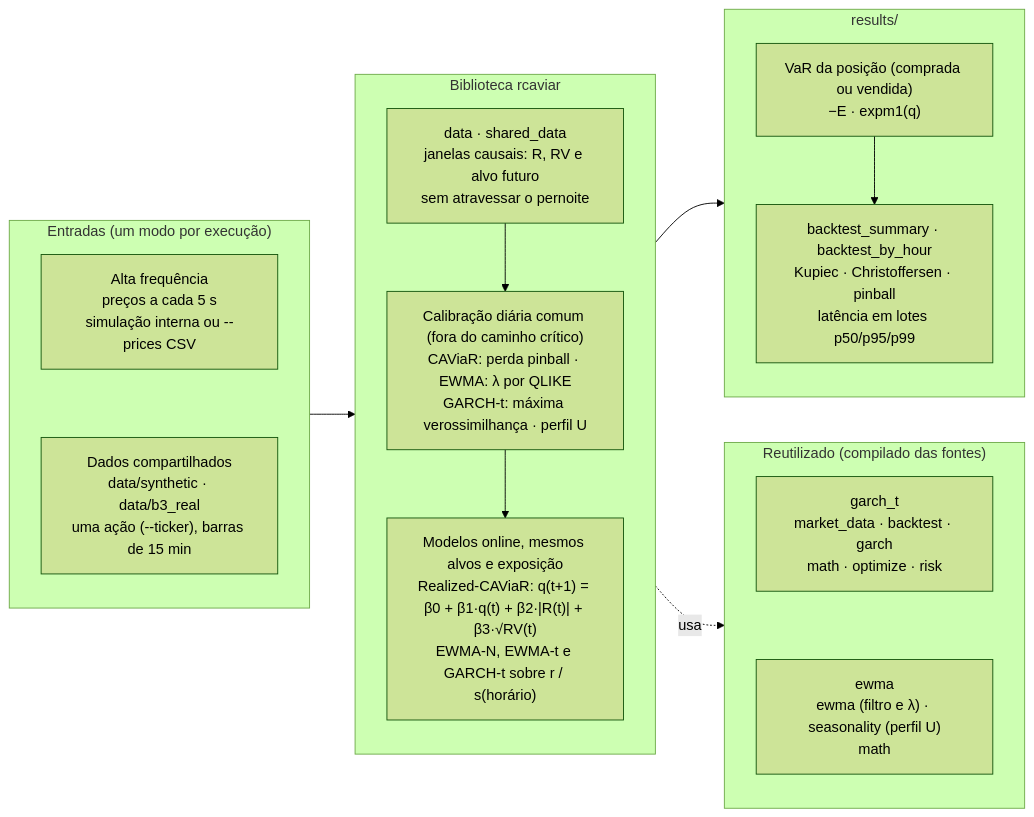
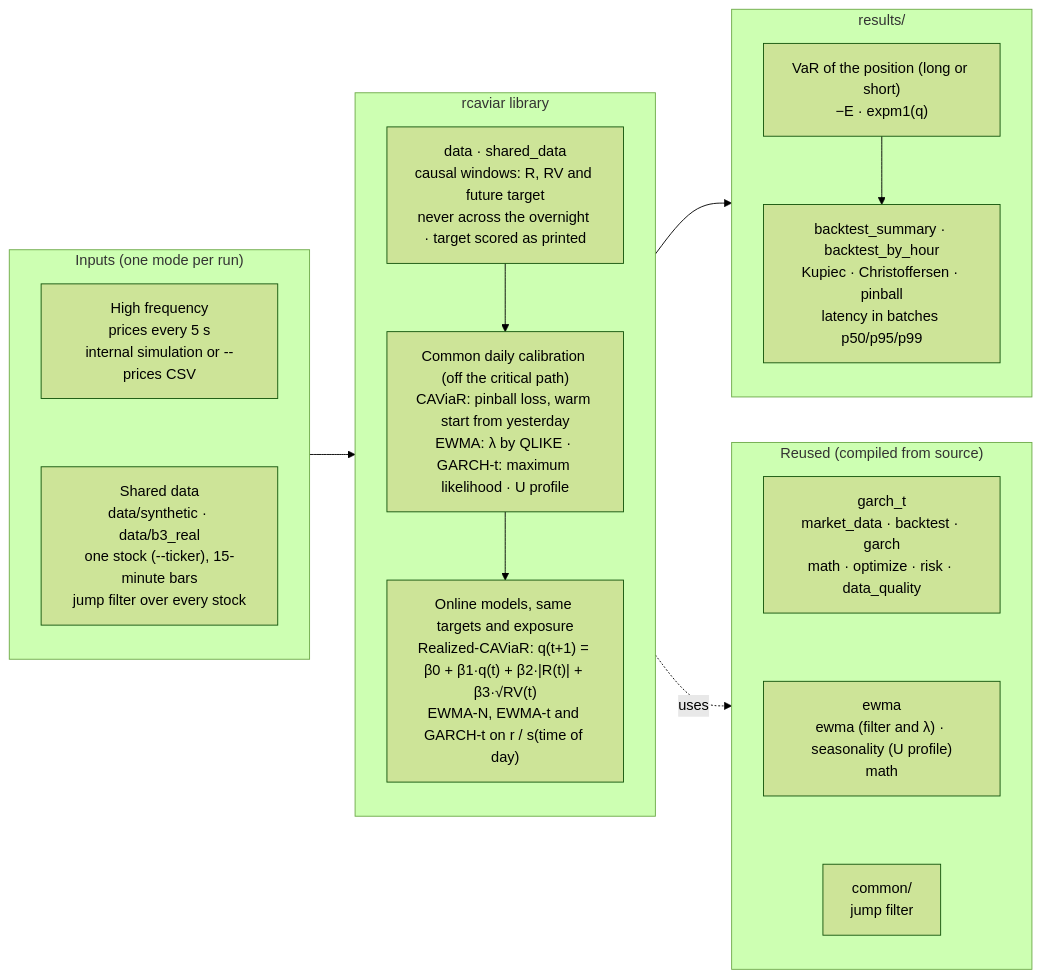
Before and after one commit to gustavoscardino/intraday-risk-engine: the diagram in architecture/05_realized_caviar.mmd, drawn with Mermaid (forest theme). The commit also changed 97 other files, not shown here.

First line of the commit message:
Documentation and results for the shared library and the second ATAM round

```diff
--- a/architecture/05_realized_caviar.mmd
+++ b/architecture/05_realized_caviar.mmd
@@ -1,32 +1,33 @@
 flowchart LR
-    subgraph Entrada["Entradas (um modo por execução)"]
+    subgraph Input["Inputs (one mode per run)"]
         direction TB
-        HF["Alta frequência<br/>preços a cada 5 s<br/>simulação interna ou --prices CSV"]
-        SH["Dados compartilhados<br/>data/synthetic · data/b3_real<br/>uma ação (--ticker), barras de 15 min"]
+        HF["High frequency<br/>prices every 5 s<br/>internal simulation or --prices CSV"]
+        SH["Shared data<br/>data/synthetic · data/b3_real<br/>one stock (--ticker), 15-minute bars<br/>jump filter over every stock"]
         HF ~~~ SH
     end
 
-    subgraph Lib["Biblioteca rcaviar"]
+    subgraph Lib["rcaviar library"]
         direction TB
-        DA["data · shared_data<br/>janelas causais: R, RV e alvo futuro<br/>sem atravessar o pernoite"]
-        CAL["Calibração diária comum (fora do caminho crítico)<br/>CAViaR: perda pinball · EWMA: λ por QLIKE<br/>GARCH-t: máxima verossimilhança · perfil U"]
-        FL["Modelos online, mesmos alvos e exposição<br/>Realized-CAViaR: q(t+1) = β0 + β1·q(t) + β2·|R(t)| + β3·√RV(t)<br/>EWMA-N, EWMA-t e GARCH-t sobre r / s(horário)"]
+        DA["data · shared_data<br/>causal windows: R, RV and future target<br/>never across the overnight · target scored as printed"]
+        CAL["Common daily calibration (off the critical path)<br/>CAViaR: pinball loss, warm start from yesterday<br/>EWMA: λ by QLIKE · GARCH-t: maximum likelihood · U profile"]
+        FL["Online models, same targets and exposure<br/>Realized-CAViaR: q(t+1) = β0 + β1·q(t) + β2·|R(t)| + β3·√RV(t)<br/>EWMA-N, EWMA-t and GARCH-t on r / s(time of day)"]
         DA --> CAL --> FL
     end
 
-    subgraph Reuso["Reutilizado (compilado das fontes)"]
+    subgraph Reuse["Reused (compiled from source)"]
         direction TB
-        GT["garch_t<br/>market_data · backtest · garch<br/>math · optimize · risk"]
-        EW["ewma<br/>ewma (filtro e λ) · seasonality (perfil U)<br/>math"]
-        GT ~~~ EW
+        GT["garch_t<br/>market_data · backtest · garch<br/>math · optimize · risk · data_quality"]
+        EW["ewma<br/>ewma (filter and λ) · seasonality (U profile)<br/>math"]
+        CO["common/<br/>jump filter"]
+        GT ~~~ EW ~~~ CO
     end
 
-    subgraph Saida["results/"]
+    subgraph Output["results/"]
         direction TB
-        VAR["VaR da posição (comprada ou vendida)<br/>−E · expm1(q)"]
-        OUT["backtest_summary · backtest_by_hour<br/>Kupiec · Christoffersen · pinball<br/>latência em lotes p50/p95/p99"]
+        VAR["VaR of the position (long or short)<br/>−E · expm1(q)"]
+        OUT["backtest_summary · backtest_by_hour<br/>Kupiec · Christoffersen · pinball<br/>latency in batches p50/p95/p99"]
         VAR --> OUT
     end
 
-    Entrada --> Lib --> Saida
-    Lib -. usa .-> Reuso
+    Input --> Lib --> Output
+    Lib -. uses .-> Reuse
```
